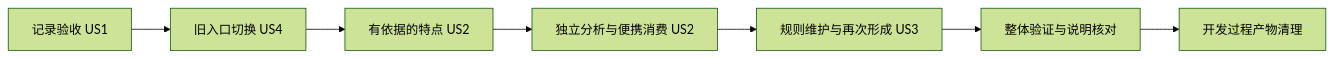
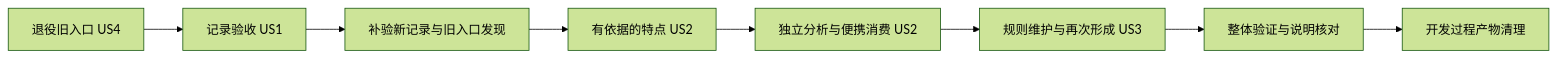
Before and after one commit to Ena-Heleneto/agent-foundry: the second of 2 diagrams in specs/skills/002-conversation-to-skill/analysis/spec-analysis/README.md, drawn with Mermaid (forest theme). The commit also changed other lines of this file and 57 other files, not shown here.

````diff
--- a/specs/skills/002-conversation-to-skill/analysis/spec-analysis/README.md
+++ b/specs/skills/002-conversation-to-skill/analysis/spec-analysis/README.md
@@ -90,9 +92,10 @@
 ```mermaid
 flowchart LR
-    A["记录验收 US1"] --> B["旧入口切换 US4"]
-    B --> C["有依据的特点 US2"]
+    A["退役旧入口 US4"] --> B["记录验收 US1"]
+    B --> H["补验新记录与旧入口发现"]
+    H --> C["有依据的特点 US2"]
     C --> D["独立分析与便携消费 US2"]
     D --> E["规则维护与再次形成 US3"]
     E --> F["整体验证与说明核对"]
     F --> G["开发过程产物清理"]
 ```
````
